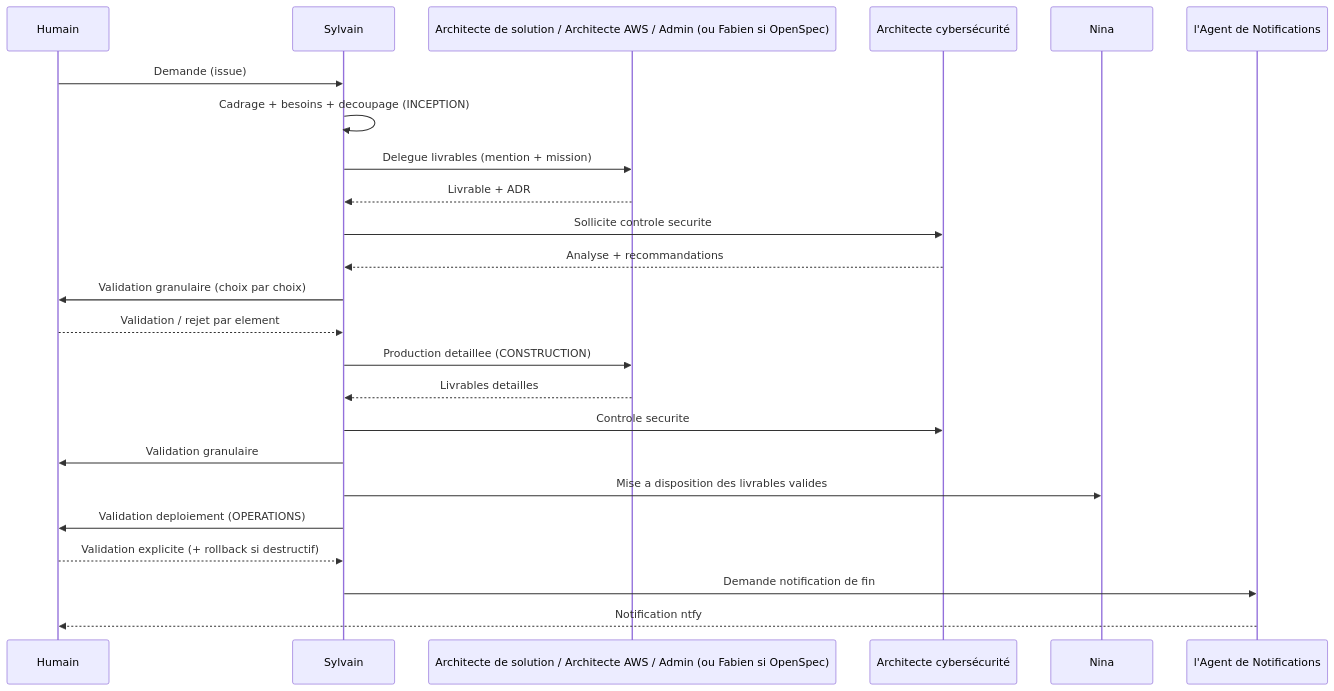
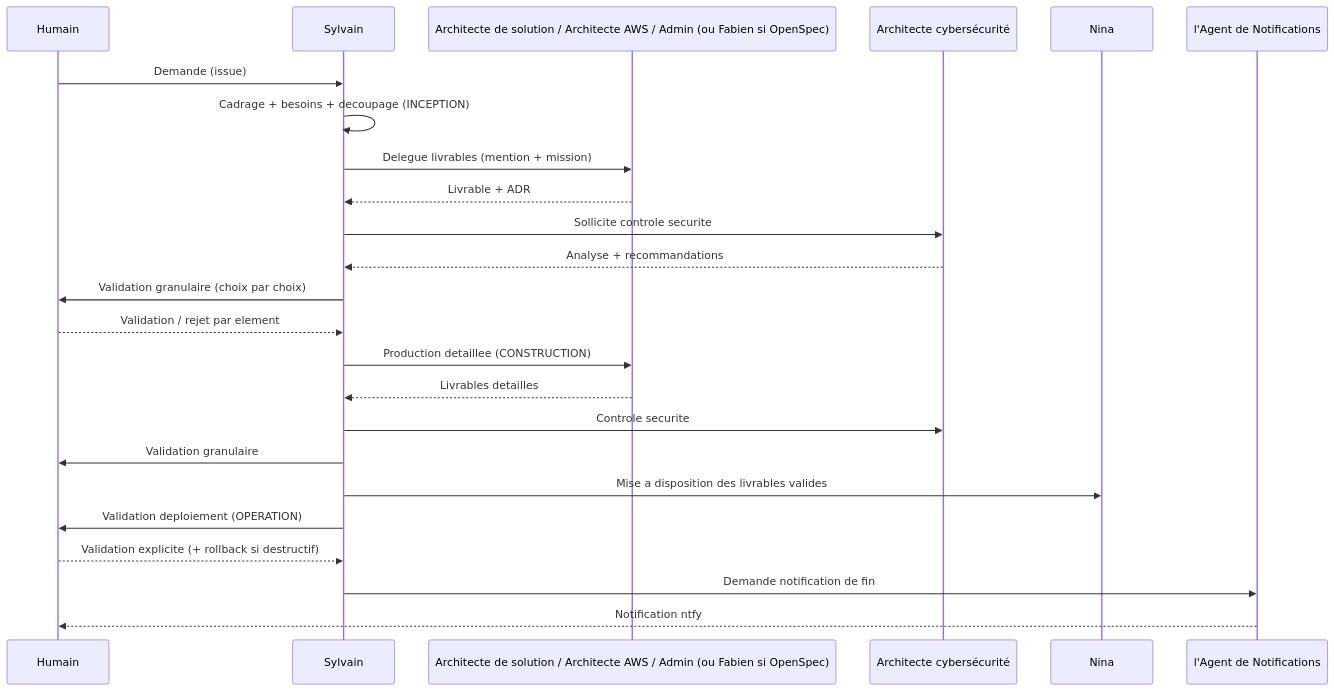
Before and after one commit to Gsyltc/homelab-portfolio: the second of 2 diagrams in docs/core-workflow.md, drawn with Mermaid. The commit also changed other lines of this file and 2 other files, not shown here.

First line of the commit message:
docs(workflow): ADR de cadrage AI-DLC 2.0 (ALI-185) + Operations->Operation

````diff
--- a/docs/core-workflow.md
+++ b/docs/core-workflow.md
@@ -278,27 +278,27 @@
 ```mermaid
 sequenceDiagram
     participant H as Humain
     participant S as Sylvain
     participant A as Architecte de solution / Architecte AWS / Admin (ou Fabien si OpenSpec)
     participant X as Architecte cybersécurité
     participant N as Nina
     participant AL as l'Agent de Notifications
 
     H->>S: Demande (issue)
     S->>S: Cadrage + besoins + decoupage (INCEPTION)
     S->>A: Delegue livrables (mention + mission)
     A-->>S: Livrable + ADR
     S->>X: Sollicite controle securite
     X-->>S: Analyse + recommandations
     S->>H: Validation granulaire (choix par choix)
     H-->>S: Validation / rejet par element
     S->>A: Production detaillee (CONSTRUCTION)
     A-->>S: Livrables detailles
     S->>X: Controle securite
     S->>H: Validation granulaire
     S->>N: Mise a disposition des livrables valides
-    S->>H: Validation deploiement (OPERATIONS)
+    S->>H: Validation deploiement (OPERATION)
     H-->>S: Validation explicite (+ rollback si destructif)
     S->>AL: Demande notification de fin
     AL-->>H: Notification ntfy
 ```
````
